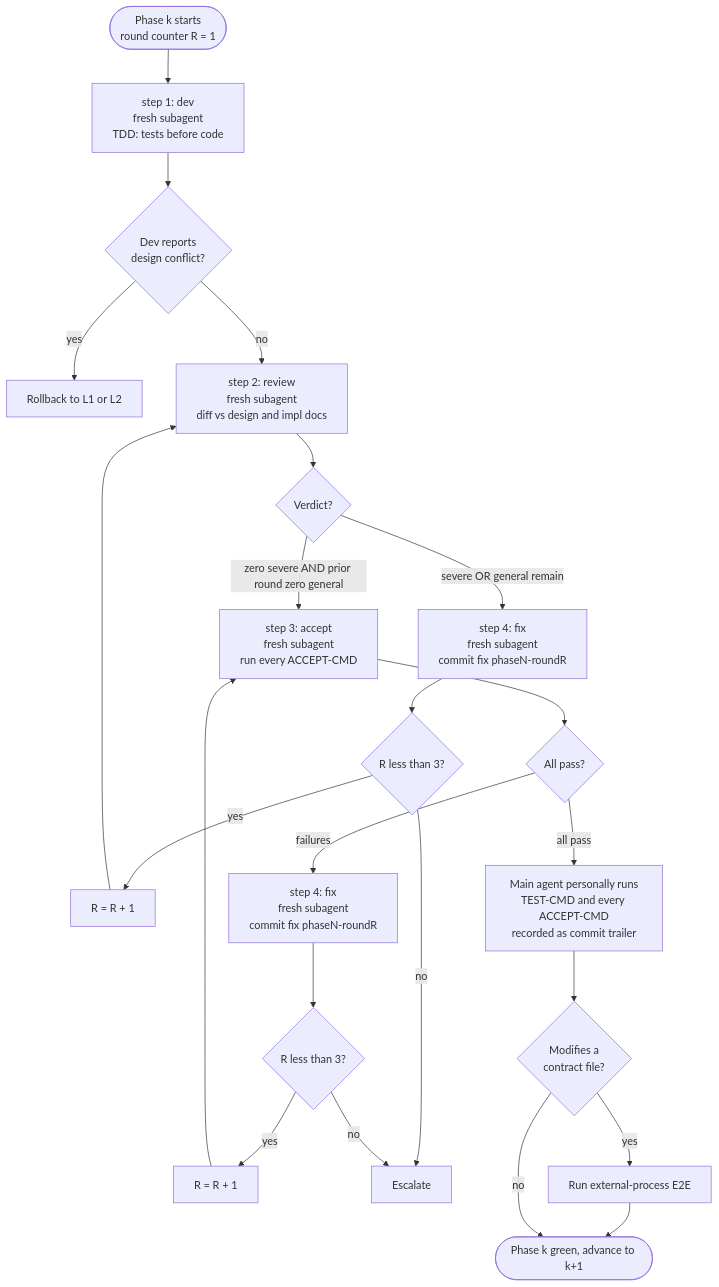
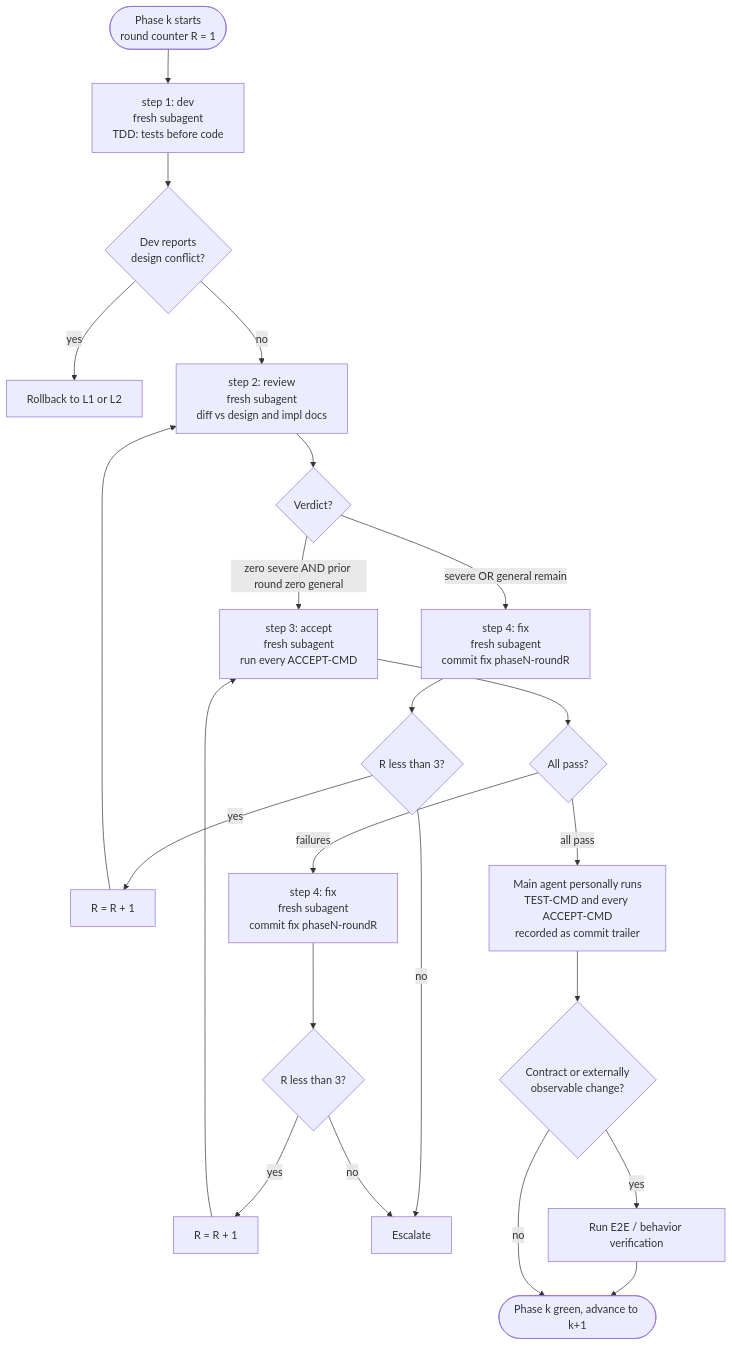
The diagram in three-loop-workflow/references/loop-3-development.md (caohaotiantian/three-loop-workflow), drawn with Mermaid before and after one commit. The commit also changed other lines of this file and 6 other files, not shown here.

First line of the commit message:
feat(phase4): raise the quality ceiling (understand sweep, behavior verification, budgets)

````diff
--- a/three-loop-workflow/references/loop-3-development.md
+++ b/three-loop-workflow/references/loop-3-development.md
@@ -14,44 +14,44 @@
 ```mermaid
 flowchart TD
     Start([Phase k starts<br/>round counter R = 1])
     Dev[step 1: dev<br/>fresh subagent<br/>TDD: tests before code]
     Conflict{Dev reports<br/>design conflict?}
     Rollback[Rollback to L1 or L2]
 
     Review[step 2: review<br/>fresh subagent<br/>diff vs design and impl docs]
     RV{Verdict?}
     FixR[step 4: fix<br/>fresh subagent<br/>commit fix phaseN-roundR]
     CapR{R less than 3?}
     BumpR[R = R + 1]
 
     Accept[step 3: accept<br/>fresh subagent<br/>run every ACCEPT-CMD]
     AR{All pass?}
     FixA[step 4: fix<br/>fresh subagent<br/>commit fix phaseN-roundR]
     CapA{R less than 3?}
     BumpA[R = R + 1]
 
     Ask[Escalate]
     PhaseEnd[Main agent personally runs<br/>TEST-CMD and every ACCEPT-CMD<br/>recorded as commit trailer]
-    E2EGate{Modifies a<br/>contract file?}
-    E2E[Run external-process E2E]
+    E2EGate{Contract or externally<br/>observable change?}
+    E2E[Run E2E / behavior verification]
     Done([Phase k green, advance to k+1])
 
     Start --> Dev --> Conflict
     Conflict -- yes --> Rollback
     Conflict -- no --> Review
     Review --> RV
     RV -- severe OR general remain --> FixR --> CapR
     RV -- zero severe AND prior round zero general --> Accept
     CapR -- yes --> BumpR --> Review
     CapR -- no --> Ask
 
     Accept --> AR
     AR -- failures --> FixA --> CapA
     AR -- all pass --> PhaseEnd
     CapA -- yes --> BumpA --> Accept
     CapA -- no --> Ask
 
     PhaseEnd --> E2EGate
     E2EGate -- yes --> E2E --> Done
     E2EGate -- no --> Done
 ```
````
